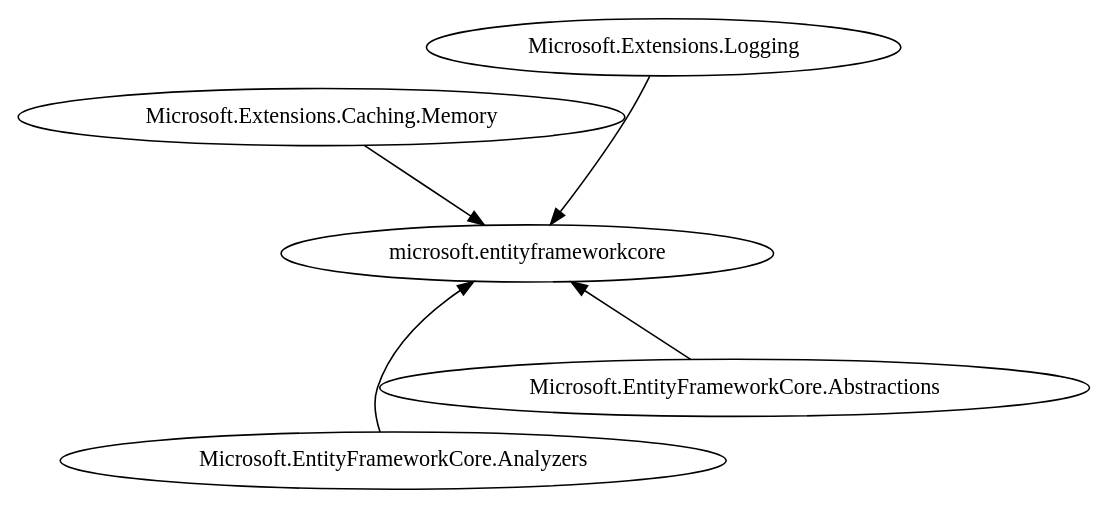
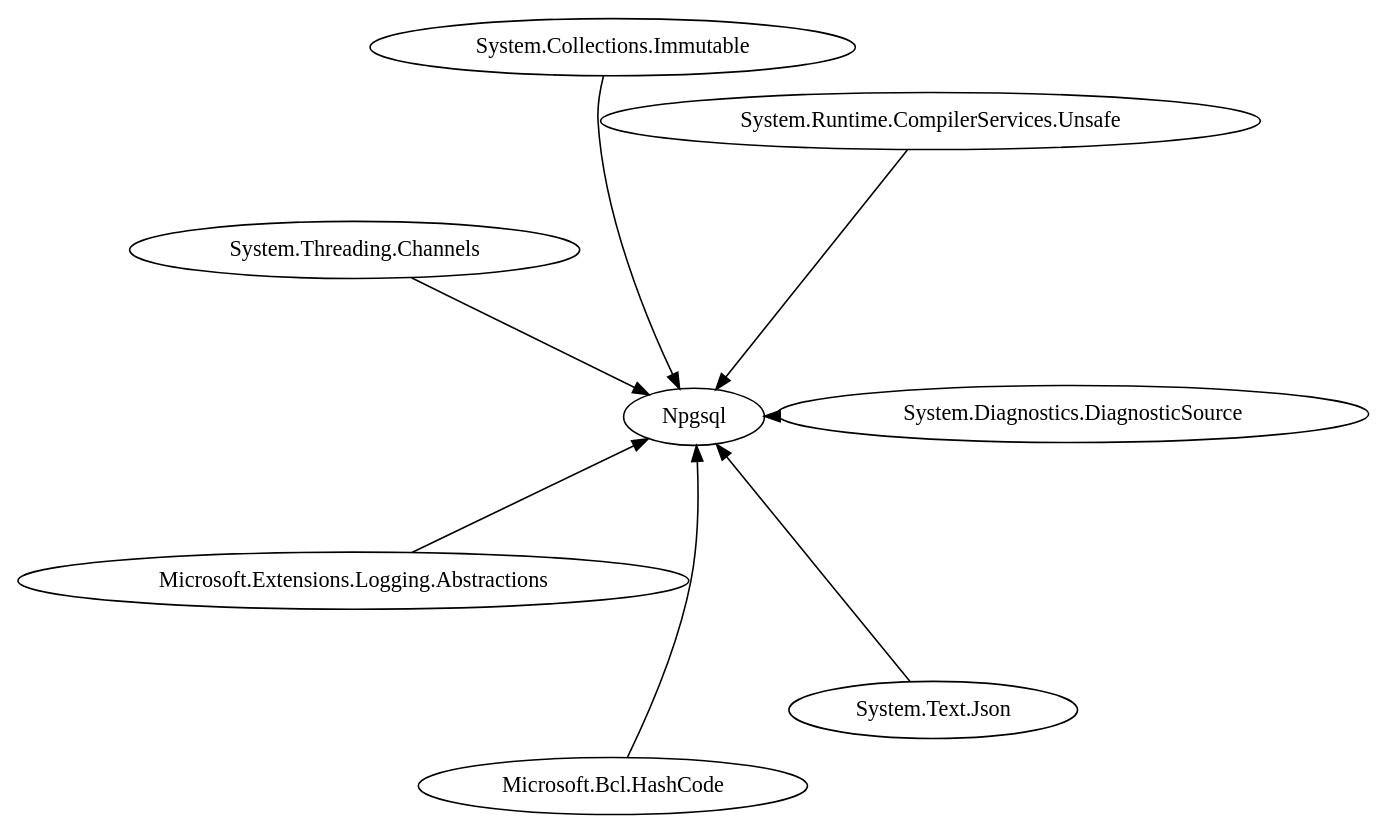
The diagram in Task_2/graph.dot (andaran/Configuration_management), drawn with Graphviz before and after one commit. The commit also changed 4 other files, not shown here.

```diff
--- a/Task_2/graph.dot
+++ b/Task_2/graph.dot
@@ -1,8 +1,11 @@
 digraph G {
     graph [layout=neato, overlap=false, splines=true];
-    "microsoft.entityframeworkcore"
-    "Microsoft.EntityFrameworkCore.Abstractions" -> "microsoft.entityframeworkcore";
-    "Microsoft.EntityFrameworkCore.Analyzers" -> "microsoft.entityframeworkcore";
-    "Microsoft.Extensions.Caching.Memory" -> "microsoft.entityframeworkcore";
-    "Microsoft.Extensions.Logging" -> "microsoft.entityframeworkcore";
+    "Npgsql"
+    "System.Diagnostics.DiagnosticSource" -> "Npgsql";
+    "Microsoft.Bcl.HashCode" -> "Npgsql";
+    "System.Threading.Channels" -> "Npgsql";
+    "System.Runtime.CompilerServices.Unsafe" -> "Npgsql";
+    "System.Collections.Immutable" -> "Npgsql";
+    "Microsoft.Extensions.Logging.Abstractions" -> "Npgsql";
+    "System.Text.Json" -> "Npgsql";
 }
```
